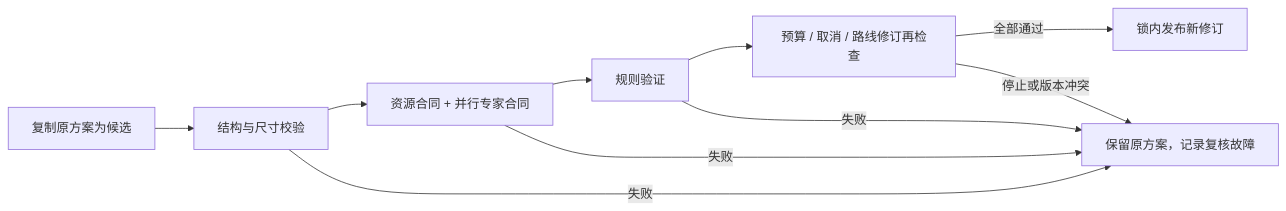
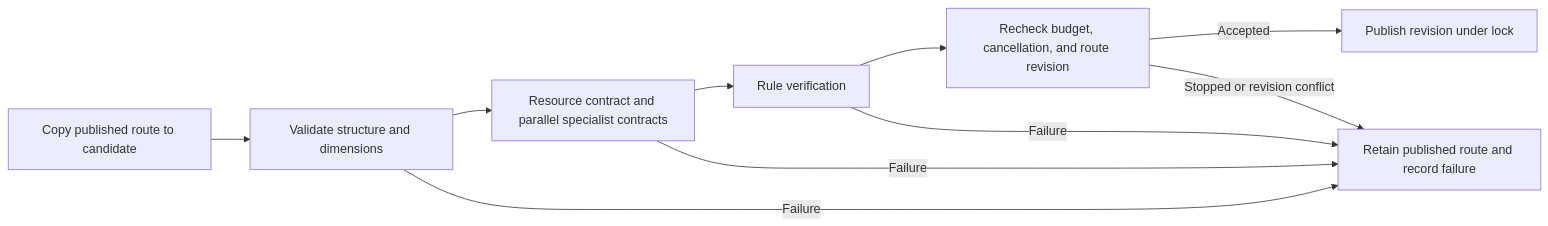
Before and after one commit to Taxueovo/Shaft-Machining-Planner: the third of 3 diagrams in docs/langgraph-harness.md, drawn with Mermaid. The commit also changed other lines of this file and 12 other files, not shown here.

````diff
--- a/docs/langgraph-harness.md
+++ b/docs/langgraph-harness.md
@@ -76,12 +74,12 @@
 ```mermaid
 flowchart LR
-  A[复制原方案为候选] --> B[结构与尺寸校验]
-  B --> C[资源合同 + 并行专家合同]
-  C --> D[规则验证]
-  D --> E[预算 / 取消 / 路线修订再检查]
-  E -->|全部通过| F[锁内发布新修订]
-  B -->|失败| X[保留原方案，记录复核故障]
-  C -->|失败| X
-  D -->|失败| X
-  E -->|停止或版本冲突| X
+  A[Copy published route to candidate] --> B[Validate structure and dimensions]
+  B --> C[Resource contract and parallel specialist contracts]
+  C --> D[Rule verification]
+  D --> E[Recheck budget, cancellation, and route revision]
+  E -->|Accepted| F[Publish revision under lock]
+  B -->|Failure| X[Retain published route and record failure]
+  C -->|Failure| X
+  D -->|Failure| X
+  E -->|Stopped or revision conflict| X
 ```
````
